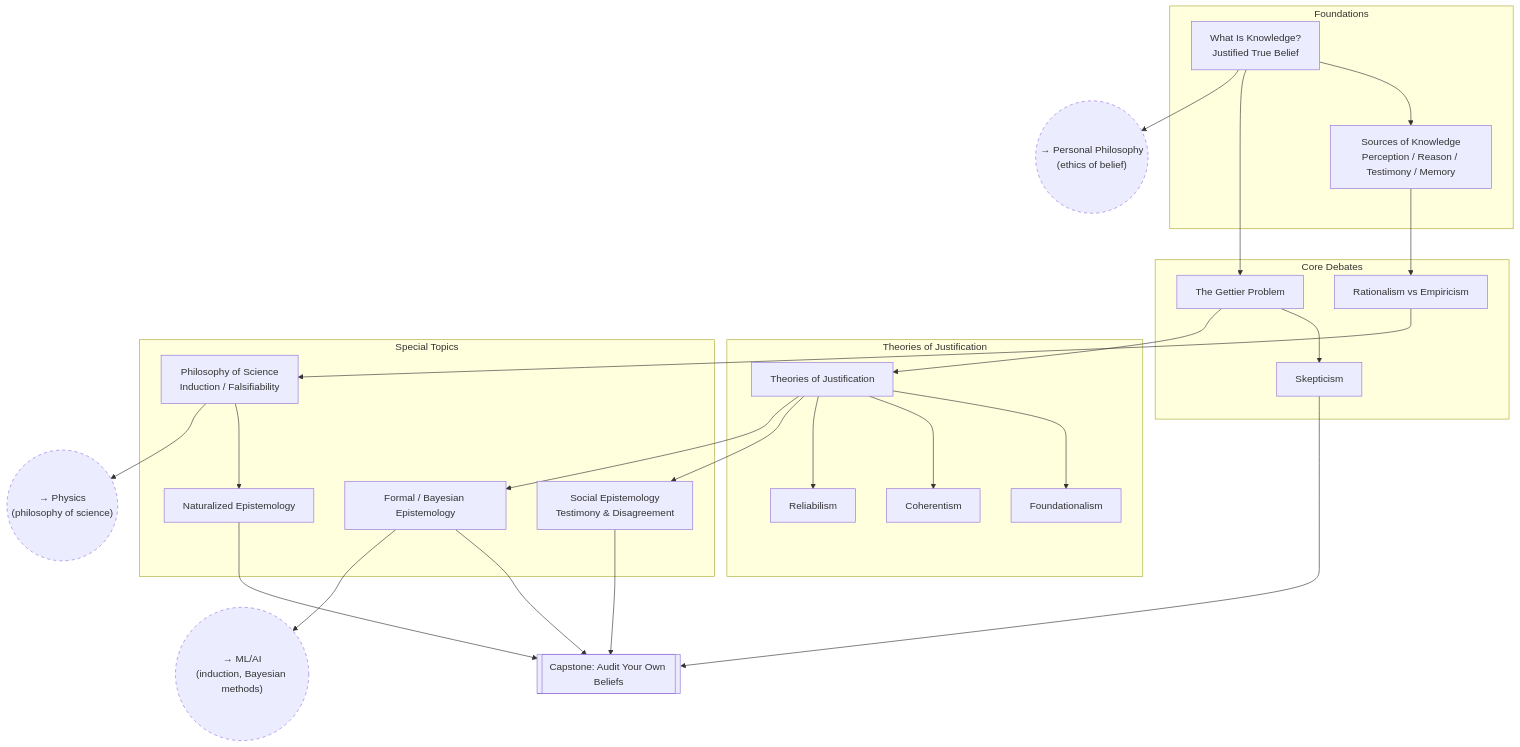
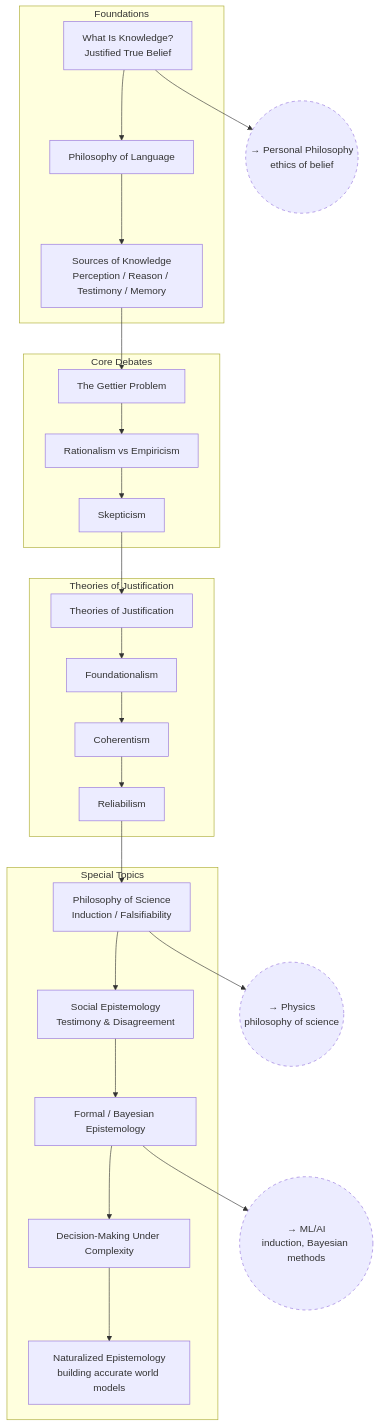
The diagram in trees/epistemology.md (nocontextwindow/skill-trees), drawn with Mermaid before and after one commit. The commit also changed other lines of this file and 16 other files, not shown here.

````diff
--- a/trees/epistemology.md
+++ b/trees/epistemology.md
@@ -8,57 +8,45 @@
 ```mermaid
 flowchart TD
     subgraph Foundations
         EP_INTRO[What Is Knowledge?<br/>Justified True Belief]
+        EP_LANG[Philosophy of Language]
         EP_SOURCES[Sources of Knowledge<br/>Perception / Reason / Testimony / Memory]
+        EP_INTRO --> EP_LANG --> EP_SOURCES
     end
 
     subgraph "Core Debates"
         EP_GETTIER[The Gettier Problem]
         EP_RATEMP[Rationalism vs Empiricism]
         EP_SKEPT[Skepticism]
+        EP_GETTIER --> EP_RATEMP --> EP_SKEPT
     end
 
     subgraph "Theories of Justification"
         EP_JUST[Theories of Justification]
         EP_FOUND[Foundationalism]
         EP_COH[Coherentism]
         EP_REL[Reliabilism]
+        EP_JUST --> EP_FOUND --> EP_COH --> EP_REL
     end
 
     subgraph "Special Topics"
         EP_SCI[Philosophy of Science<br/>Induction / Falsifiability]
         EP_SOCIAL[Social Epistemology<br/>Testimony & Disagreement]
         EP_BAYES[Formal / Bayesian Epistemology]
-        EP_NAT[Naturalized Epistemology]
+        EP_COMPLEX[Decision-Making Under Complexity]
+        EP_NAT[Naturalized Epistemology<br/>building accurate world models]
+        EP_SCI --> EP_SOCIAL --> EP_BAYES --> EP_COMPLEX --> EP_NAT
     end
 
-    EP_CAPSTONE[["Capstone: Audit Your Own Beliefs"]]
-
-    EP_INTRO --> EP_SOURCES
-    EP_INTRO --> EP_GETTIER
-    EP_SOURCES --> EP_RATEMP
-    EP_GETTIER --> EP_SKEPT
-    EP_GETTIER --> EP_JUST
-
-    EP_JUST --> EP_FOUND
-    EP_JUST --> EP_COH
-    EP_JUST --> EP_REL
-
-    EP_RATEMP --> EP_SCI
-    EP_JUST --> EP_SOCIAL
-    EP_JUST --> EP_BAYES
-    EP_SCI --> EP_NAT
-
-    EP_SOCIAL --> EP_CAPSTONE
-    EP_BAYES --> EP_CAPSTONE
-    EP_NAT --> EP_CAPSTONE
-    EP_SKEPT --> EP_CAPSTONE
+    EP_SOURCES --> EP_GETTIER
+    EP_SKEPT --> EP_JUST
+    EP_REL --> EP_SCI
 
     classDef crosslink stroke-dasharray: 5 5
-    EP_PP(("→ Personal Philosophy<br/>(ethics of belief)")):::crosslink
-    EP_PH(("→ Physics<br/>(philosophy of science)")):::crosslink
-    EP_ML(("→ ML/AI<br/>(induction, Bayesian methods)")):::crosslink
+    EP_PP(("→ Personal Philosophy<br/>ethics of belief")):::crosslink
+    EP_PH(("→ Physics<br/>philosophy of science")):::crosslink
+    EP_ML(("→ ML/AI<br/>induction, Bayesian methods")):::crosslink
     EP_INTRO --> EP_PP
     EP_SCI --> EP_PH
     EP_BAYES --> EP_ML
 ```
````
